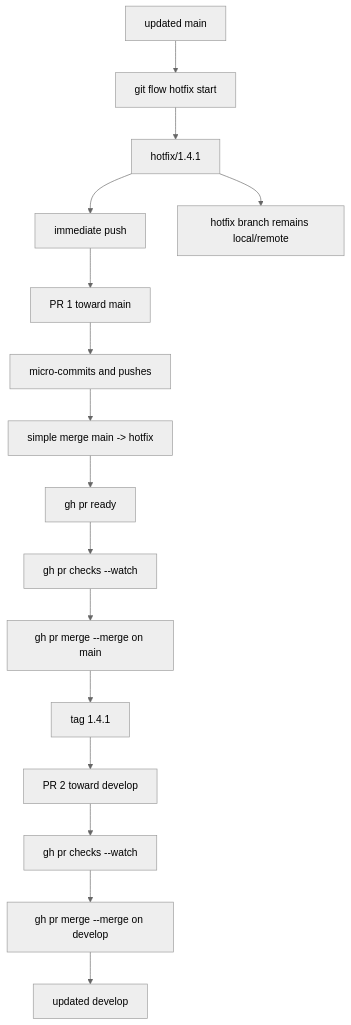
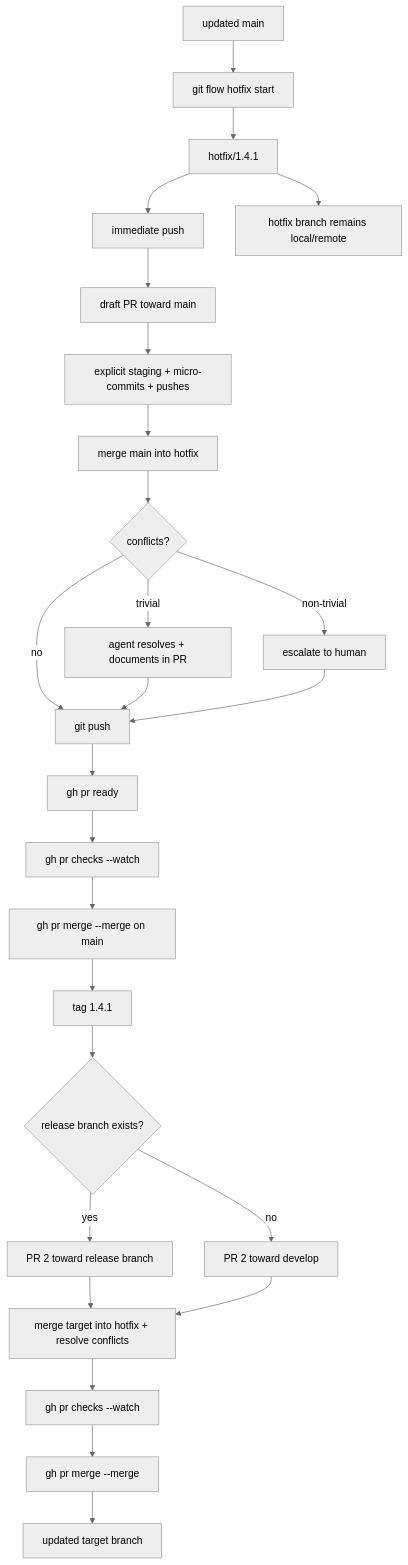
Before and after one commit to NickF93/AgentOrchestrator: the third of 6 diagrams in docs/design/gitflow-pr-only-terminal-workflow.md, drawn with Mermaid (neutral theme). The commit also changed other lines of this file, not shown here.

First line of the commit message:
docs(design): align Mermaid diagrams with operational refinements

````diff
--- a/docs/design/gitflow-pr-only-terminal-workflow.md
+++ b/docs/design/gitflow-pr-only-terminal-workflow.md
@@ -740,18 +752,28 @@
 ```mermaid
 flowchart TD
     A[updated main] --> B[git flow hotfix start]
     B --> C[hotfix/1.4.1]
     C --> D[immediate push]
-    D --> E[PR 1 toward main]
-    E --> F[micro-commits and pushes]
-    F --> G[simple merge main -> hotfix]
-    G --> H[gh pr ready]
-    H --> I[gh pr checks --watch]
-    I --> J[gh pr merge --merge on main]
-    J --> K[tag 1.4.1]
-    K --> L[PR 2 toward develop]
+    D --> E[draft PR toward main]
+    E --> F[explicit staging + micro-commits + pushes]
+    F --> G[merge main into hotfix]
+    G --> H{conflicts?}
+    H -- no --> I[git push]
+    H -- trivial --> J[agent resolves + documents in PR]
+    J --> I
+    H -- non-trivial --> K[escalate to human]
+    K --> I
+    I --> L[gh pr ready]
     L --> M[gh pr checks --watch]
-    M --> N[gh pr merge --merge on develop]
-    N --> O[updated develop]
-    C --> P[hotfix branch remains local/remote]
+    M --> N[gh pr merge --merge on main]
+    N --> O[tag 1.4.1]
+    O --> P{release branch exists?}
+    P -- yes --> Q[PR 2 toward release branch]
+    P -- no --> R[PR 2 toward develop]
+    Q --> S[merge target into hotfix + resolve conflicts]
+    R --> S
+    S --> T[gh pr checks --watch]
+    T --> U[gh pr merge --merge]
+    U --> V[updated target branch]
+    C --> W[hotfix branch remains local/remote]
 ```
````
